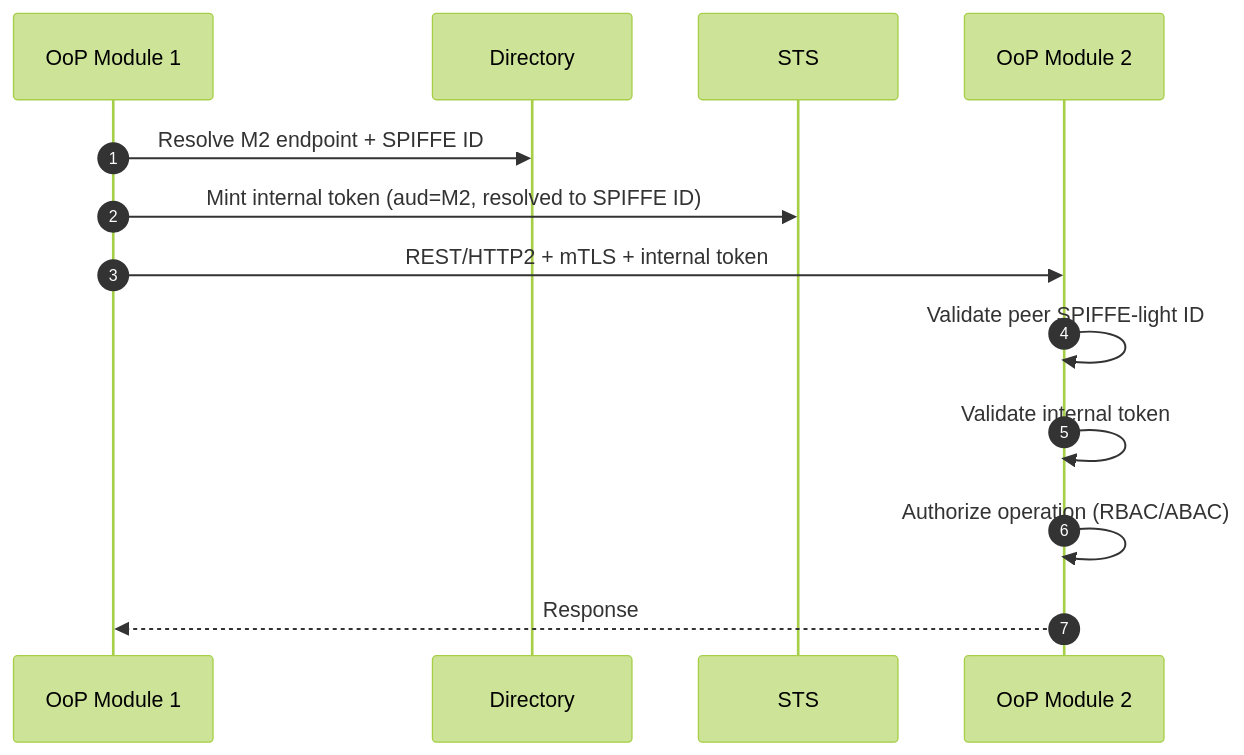
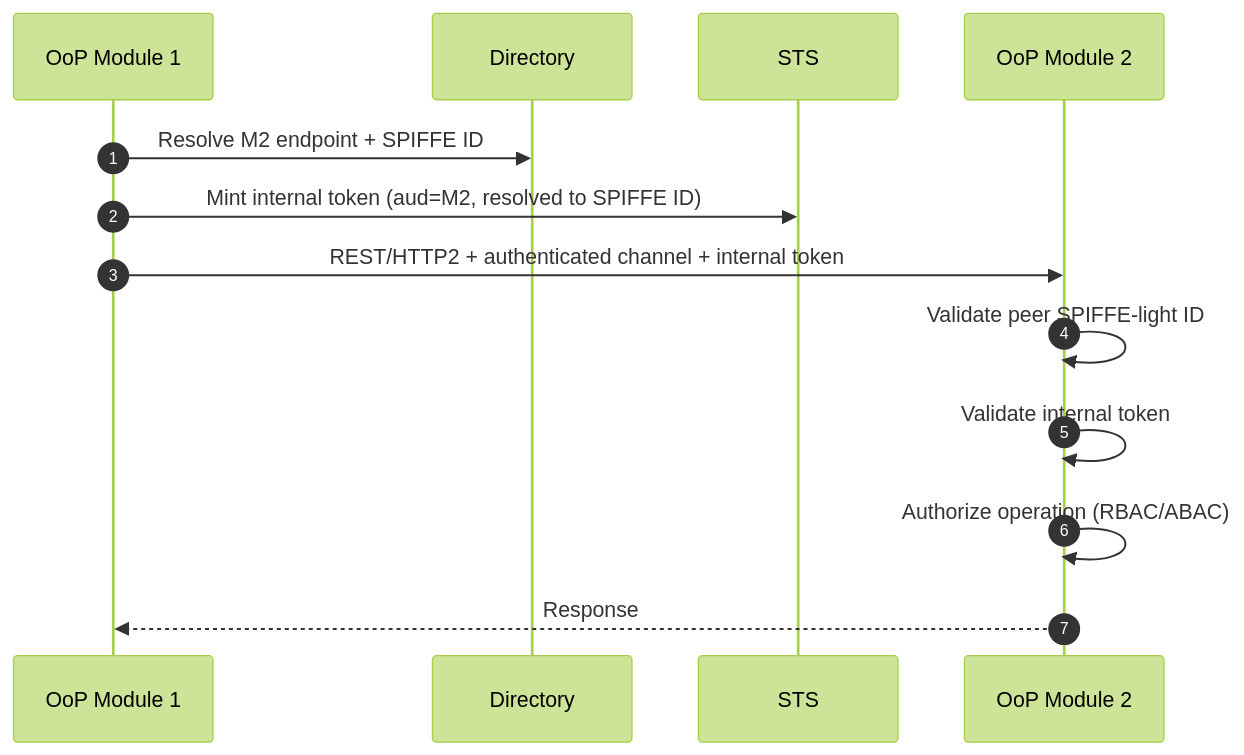
One commit to MikeFalcon77/modkit-zero-trust changed the fifth of 6 diagrams in modkit_zero_trust.MD. Above: the diagram before and after it, drawn with Mermaid (forest theme). The commit also changed other lines of this file and 1 other file, not shown here.

````diff
--- a/modkit_zero_trust.MD
+++ b/modkit_zero_trust.MD
@@ -1027,16 +1271,16 @@
 ```mermaid
 sequenceDiagram
   autonumber
   participant M1 as OoP Module 1
   participant DIR as Directory
   participant STS as STS
   participant M2 as OoP Module 2
 
   M1->>DIR: Resolve M2 endpoint + SPIFFE ID
   M1->>STS: Mint internal token (aud=M2, resolved to SPIFFE ID)
-  M1->>M2: REST/HTTP2 + mTLS + internal token
+  M1->>M2: REST/HTTP2 + authenticated channel + internal token
   M2->>M2: Validate peer SPIFFE-light ID
   M2->>M2: Validate internal token
   M2->>M2: Authorize operation (RBAC/ABAC)
   M2-->>M1: Response
 ```
````
